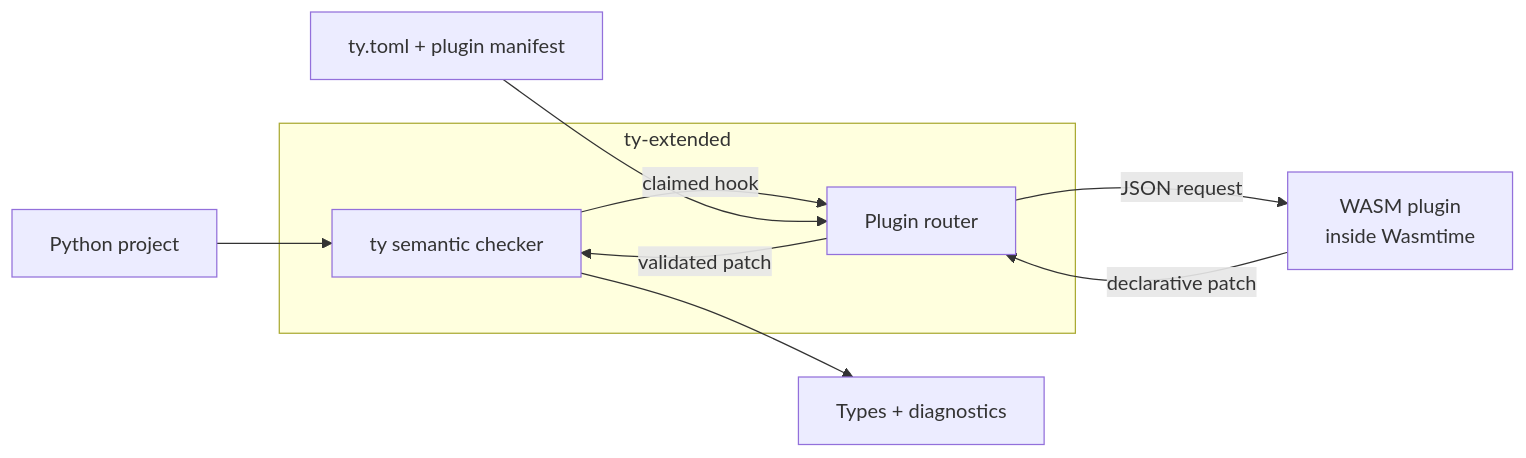
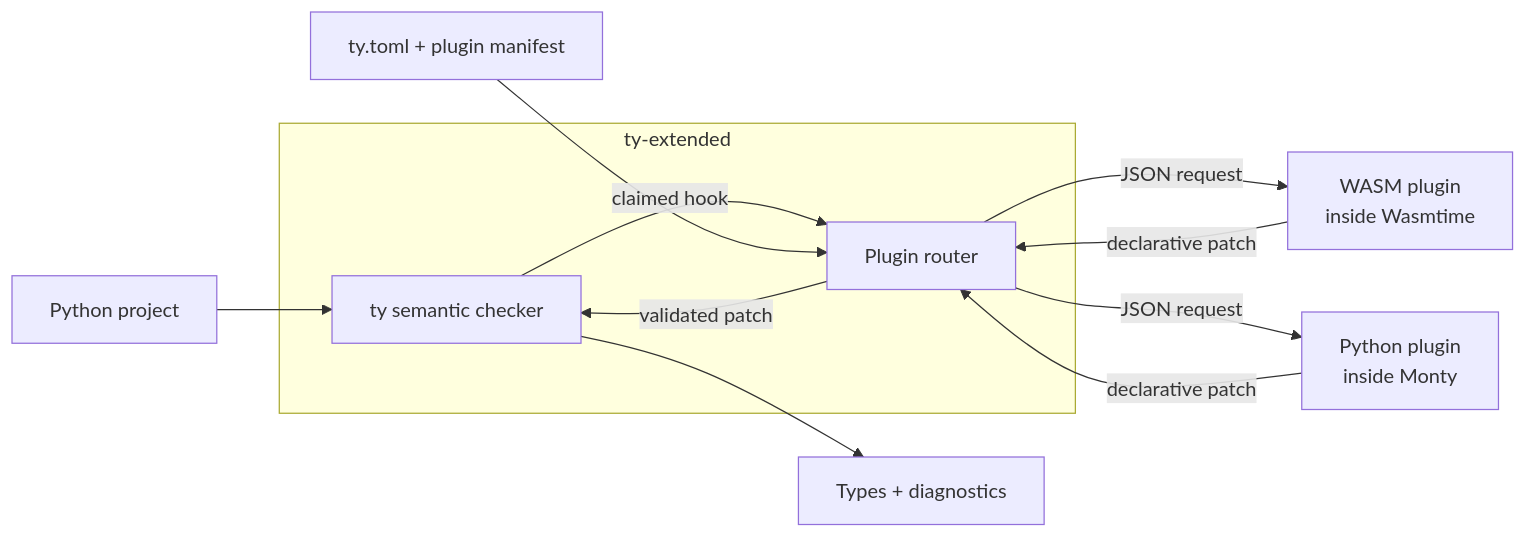
The diagram in README.md (regularkevvv/ty-extended), drawn with Mermaid before and after one commit. The commit also changed other lines of this file and 41 other files, not shown here.

Commit message:
Add Python plugins with optional Monty workers

````diff
--- a/README.md
+++ b/README.md
@@ -31,13 +31,15 @@
 ```mermaid
 flowchart LR
     subgraph host["ty-extended"]
         checker["ty semantic checker"] -->|claimed hook| router["Plugin router"]
         router -->|validated patch| checker
     end
 
     project["Python project"] --> checker
     config["ty.toml + plugin manifest"] --> router
     router -->|JSON request| wasm["WASM plugin<br/>inside Wasmtime"]
     wasm -->|declarative patch| router
+    router -->|JSON request| monty["Python plugin<br/>inside Monty"]
+    monty -->|declarative patch| router
     checker --> output["Types + diagnostics"]
 ```
````
